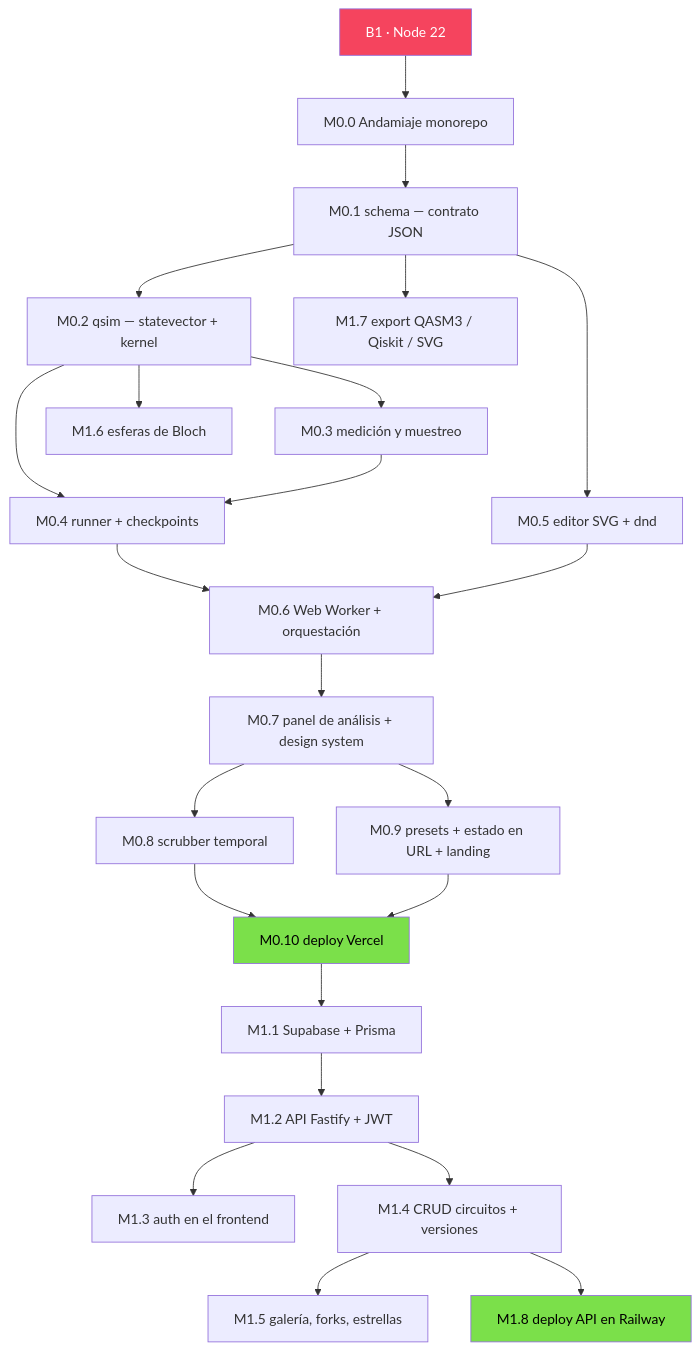
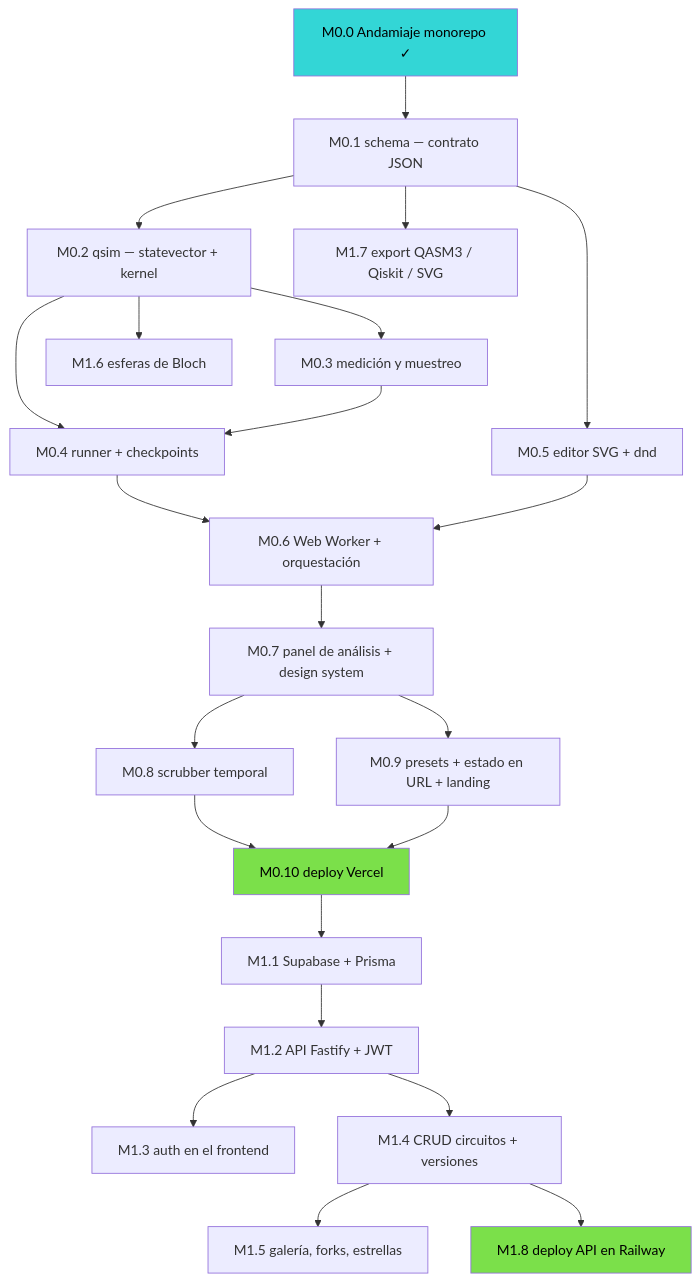
Before and after one commit to arnoldodany44/The-Q-Simulator: the diagram in docs/plan-de-trabajo.md, drawn with Mermaid. The commit also changed other lines of this file and 52 other files, not shown here.

````diff
--- a/docs/plan-de-trabajo.md
+++ b/docs/plan-de-trabajo.md
@@ -69,30 +87,30 @@
 ```mermaid
 graph TD
-    B1["B1 · Node 22"] --> M00["M0.0 Andamiaje monorepo"]
+    M00["M0.0 Andamiaje monorepo ✓"]
     M00 --> M01["M0.1 schema — contrato JSON"]
     M01 --> M02["M0.2 qsim — statevector + kernel"]
     M02 --> M03["M0.3 medición y muestreo"]
     M02 --> M04["M0.4 runner + checkpoints"]
     M03 --> M04
     M01 --> M05["M0.5 editor SVG + dnd"]
     M04 --> M06["M0.6 Web Worker + orquestación"]
     M05 --> M06
     M06 --> M07["M0.7 panel de análisis + design system"]
     M07 --> M08["M0.8 scrubber temporal"]
     M07 --> M09["M0.9 presets + estado en URL + landing"]
     M08 --> M10["M0.10 deploy Vercel"]
     M09 --> M10
 
     M10 --> M11["M1.1 Supabase + Prisma"]
     M11 --> M12["M1.2 API Fastify + JWT"]
     M12 --> M13["M1.3 auth en el frontend"]
     M12 --> M14["M1.4 CRUD circuitos + versiones"]
     M14 --> M15["M1.5 galería, forks, estrellas"]
     M02 --> M16["M1.6 esferas de Bloch"]
     M01 --> M17["M1.7 export QASM3 / Qiskit / SVG"]
     M14 --> M18["M1.8 deploy API en Railway"]
 
-    style B1 fill:#F5445E,color:#fff
+    style M00 fill:#33D6D6,color:#000
     style M10 fill:#7BE04A,color:#000
     style M18 fill:#7BE04A,color:#000
 ```
````
